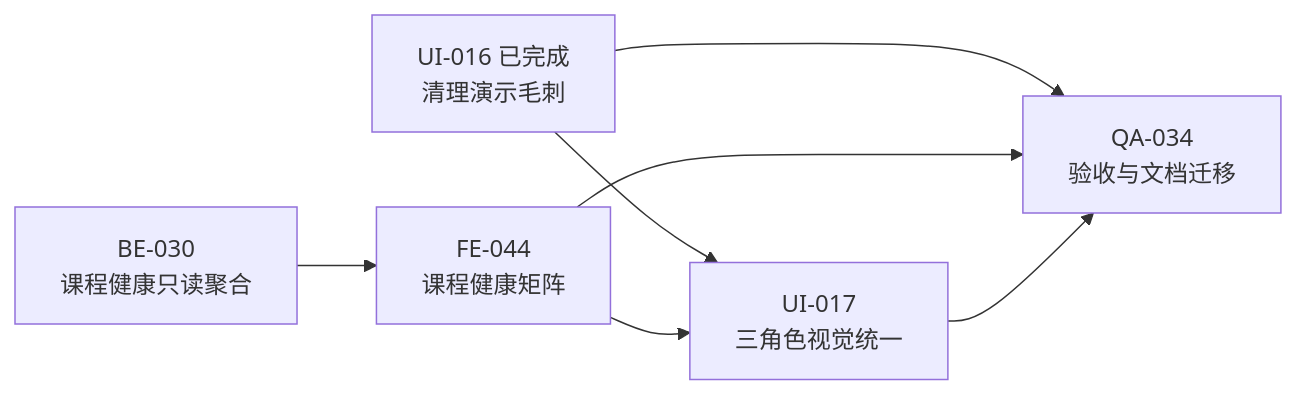
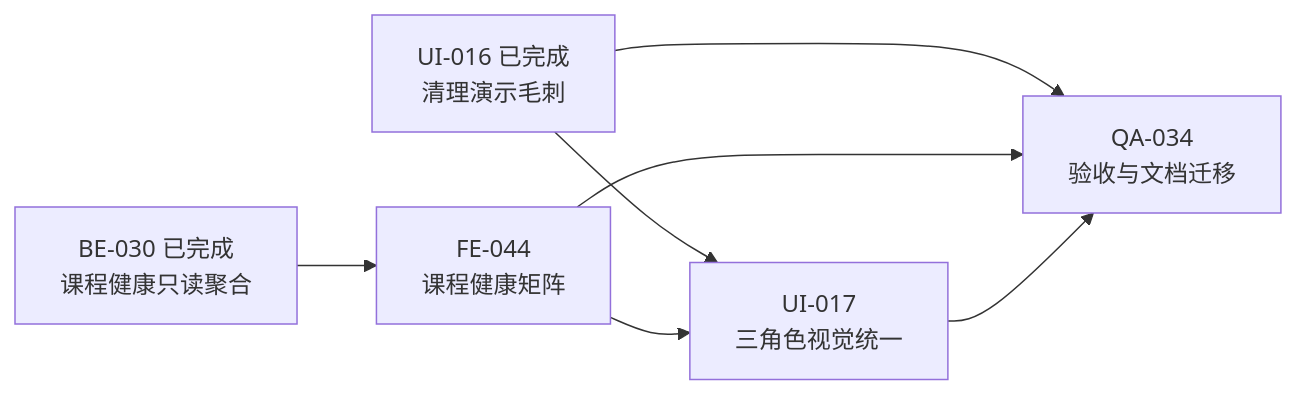
The first of 3 diagrams in doc/02-更新规划.md (falling-feather/Astra), drawn with Mermaid before and after one commit. The commit also changed other lines of this file and 7 other files, not shown here.

````diff
--- a/doc/02-更新规划.md
+++ b/doc/02-更新规划.md
@@ -137,15 +138,15 @@
 ```mermaid
 flowchart LR
     A[UI-016 已完成\n清理演示毛刺]
-    B[BE-030\n课程健康只读聚合]
+    B[BE-030 已完成\n课程健康只读聚合]
     C[FE-044\n课程健康矩阵]
     D[UI-017\n三角色视觉统一]
     E[QA-034\n验收与文档迁移]
 
     A --> D
     B --> C
     C --> D
     A --> E
     C --> E
     D --> E
 ```
````
